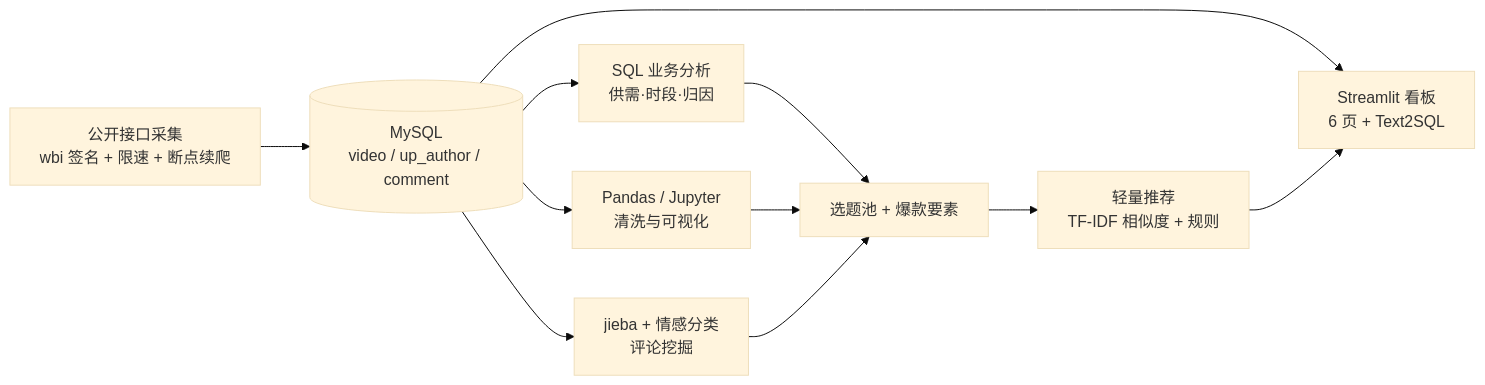
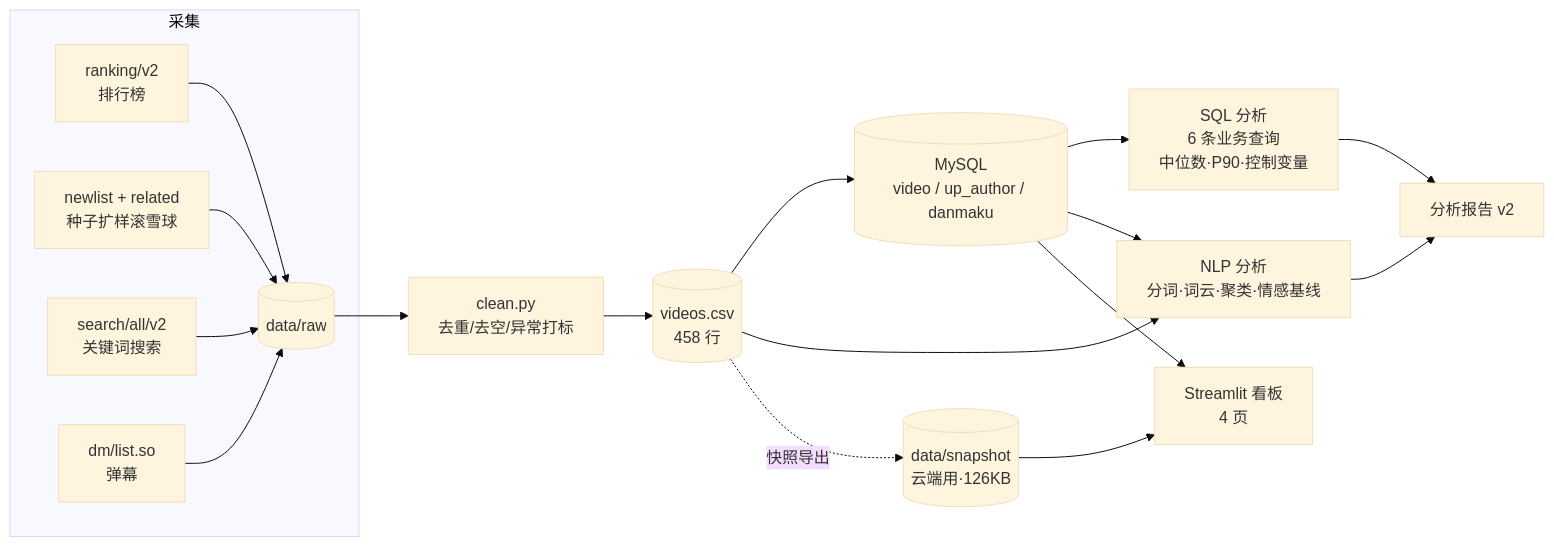
One commit to MARIKoo888/bilibili-knowledge-analytics changed the diagram in README.md. Above: the diagram before and after it, drawn with Mermaid (base theme). The commit also changed other lines of this file and 1 other file, not shown here.

````diff
--- a/README.md
+++ b/README.md
@@ -29,11 +63,24 @@
 ```mermaid
 flowchart LR
-  A[公开接口采集<br/>wbi 签名 + 限速 + 断点续爬] --> B[(MySQL<br/>video / up_author / comment)]
-  B --> C[SQL 业务分析<br/>供需·时段·归因]
-  B --> D[Pandas / Jupyter<br/>清洗与可视化]
-  B --> E[jieba + 情感分类<br/>评论挖掘]
-  C & D & E --> F[选题池 + 爆款要素]
-  F --> G[轻量推荐<br/>TF-IDF 相似度 + 规则]
-  B --> H[Streamlit 看板<br/>6 页 + Text2SQL]
-  G --> H
+  subgraph 采集
+    A1[ranking/v2<br/>排行榜] --> R[(data/raw)]
+    A2[newlist + related<br/>种子扩样滚雪球] --> R
+    A3[search/all/v2<br/>关键词搜索] --> R
+    A4[dm/list.so<br/>弹幕] --> R
+  end
+
+  R --> C[clean.py<br/>去重/去空/异常打标]
+  C --> CSV[(videos.csv<br/>458 行)]
+  CSV --> DB[(MySQL<br/>video / up_author / danmaku)]
+
+  DB --> S[SQL 分析<br/>6 条业务查询<br/>中位数·P90·控制变量]
+  CSV --> N[NLP 分析<br/>分词·词云·聚类·情感基线]
+  DB --> N
+
+  S --> RP[分析报告 v2]
+  N --> RP
+
+  CSV -.快照导出.-> SNAP[(data/snapshot<br/>云端用·126KB)]
+  SNAP --> APP[Streamlit 看板<br/>4 页]
+  DB --> APP
 ```
````
